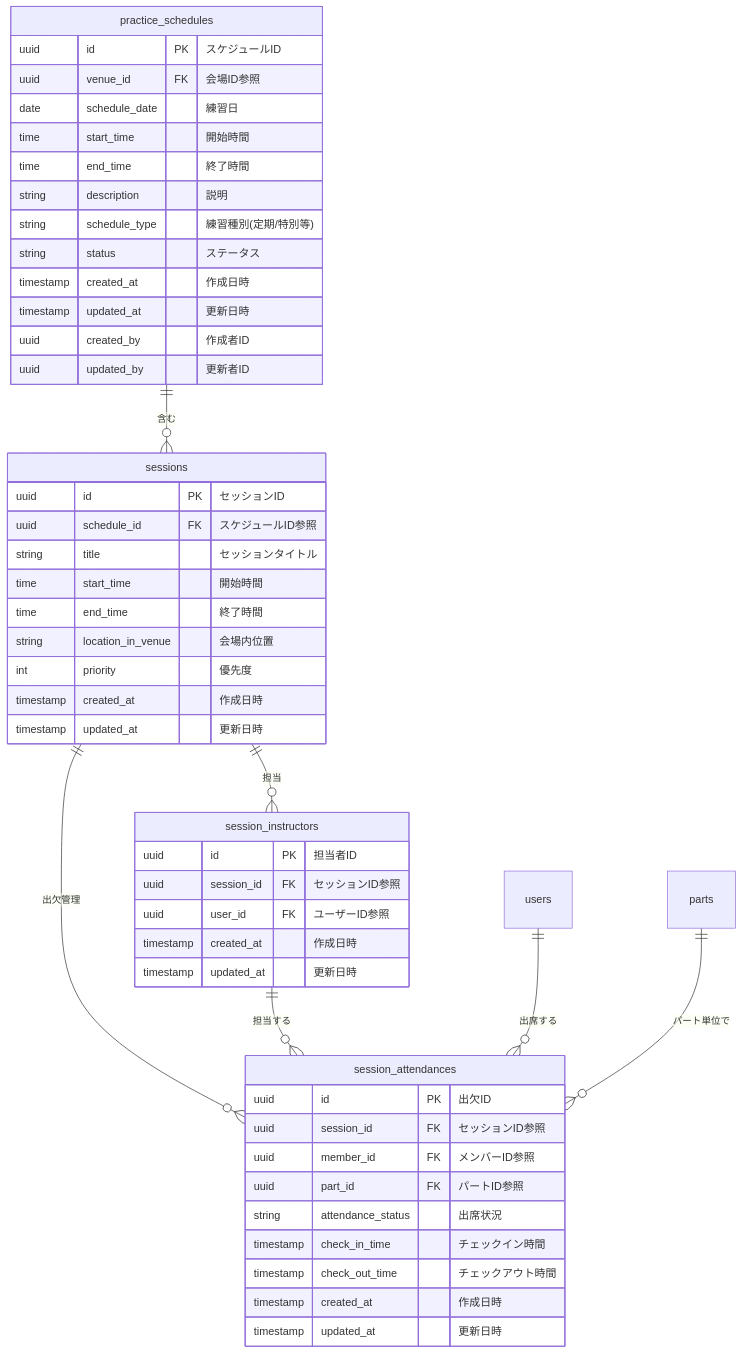
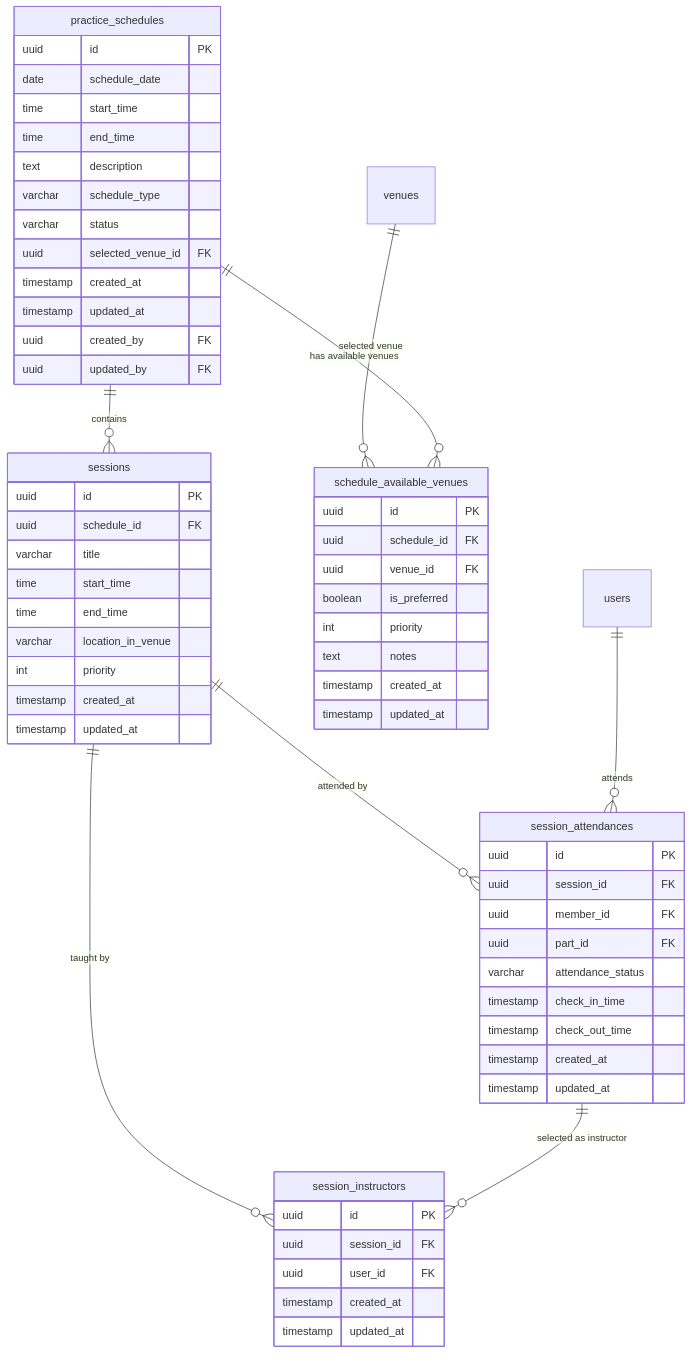
The diagram in tickets/phase_1/backend/BACK-DB-001/BACK-DB-001.3/README.md (NowatariSoma/tomosigoto_nou_system), drawn with Mermaid before and after one commit. The commit also changed other lines of this file and 10 other files, not shown here.

````diff
--- a/tickets/phase_1/backend/BACK-DB-001/BACK-DB-001.3/README.md
+++ b/tickets/phase_1/backend/BACK-DB-001/BACK-DB-001.3/README.md
@@ -84,56 +84,72 @@
 ```mermaid
 erDiagram
-    practice_schedules ||--o{ sessions : "含む"
-    sessions ||--o{ session_instructors : "担当"
-    sessions ||--o{ session_attendances : "出欠管理"
-    session_instructors ||--o{ session_attendances : "担当する"
-    users ||--o{ session_attendances : "出席する"
-    parts ||--o{ session_attendances : "パート単位で"
+    practice_schedules {
+        uuid id PK
+        date schedule_date
+        time start_time
+        time end_time
+        text description
+        varchar schedule_type
+        varchar status
+        uuid selected_venue_id FK
+        timestamp created_at
+        timestamp updated_at
+        uuid created_by FK
+        uuid updated_by FK
+    }
+
+    sessions {
+        uuid id PK
+        uuid schedule_id FK
+        varchar title
+        time start_time
+        time end_time
+        varchar location_in_venue
+        int priority
+        timestamp created_at
+        timestamp updated_at
+    }
+
+    session_instructors {
+        uuid id PK
+        uuid session_id FK
+        uuid user_id FK
+        timestamp created_at
+        timestamp updated_at
+    }
+
+    session_attendances {
+        uuid id PK
+        uuid session_id FK
+        uuid member_id FK
+        uuid part_id FK
+        varchar attendance_status
+        timestamp check_in_time
+        timestamp check_out_time
+        timestamp created_at
+        timestamp updated_at
+    }
+
+    schedule_available_venues {
+        uuid id PK
+        uuid schedule_id FK
+        uuid venue_id FK
+        boolean is_preferred
+        int priority
+        text notes
+        timestamp created_at
+        timestamp updated_at
+    }
+
+    %% リレーション
+    venues ||--o{ schedule_available_venues : "selected venue"
     
-    practice_schedules {
-        uuid id PK "スケジュールID"
-        uuid venue_id FK "会場ID参照"
-        date schedule_date "練習日"
-        time start_time "開始時間"
-        time end_time "終了時間"
-        string description "説明"
-        string schedule_type "練習種別(定期/特別等)"
-        string status "ステータス"
-        timestamp created_at "作成日時"
-        timestamp updated_at "更新日時"
-        uuid created_by "作成者ID"
-        uuid updated_by "更新者ID"
-    }
+    practice_schedules ||--o{ schedule_available_venues : "has available venues"
+    practice_schedules ||--o{ sessions : "contains"
     
-    sessions {
-        uuid id PK "セッションID"
-        uuid schedule_id FK "スケジュールID参照"
-        string title "セッションタイトル"
-        time start_time "開始時間"
-        time end_time "終了時間"
-        string location_in_venue "会場内位置"
-        int priority "優先度"
-        timestamp created_at "作成日時"
-        timestamp updated_at "更新日時"
-    }
+    sessions ||--o{ session_instructors : "taught by"
+    sessions ||--o{ session_attendances : "attended by"
+    session_attendances ||--o{ session_instructors : "selected as instructor"
     
-    session_instructors {
-        uuid id PK "担当者ID"
-        uuid session_id FK "セッションID参照"
-        uuid user_id FK "ユーザーID参照"
-        timestamp created_at "作成日時"
-        timestamp updated_at "更新日時"
-    }
-    
-    session_attendances {
-        uuid id PK "出欠ID"
-        uuid session_id FK "セッションID参照"
-        uuid member_id FK "メンバーID参照"
-        uuid part_id FK "パートID参照"
-        string attendance_status "出席状況"
-        timestamp check_in_time "チェックイン時間"
-        timestamp check_out_time "チェックアウト時間"
-        timestamp created_at "作成日時"
-        timestamp updated_at "更新日時"
-    }
+    users ||--o{ session_attendances : "attends"
 ```
````
